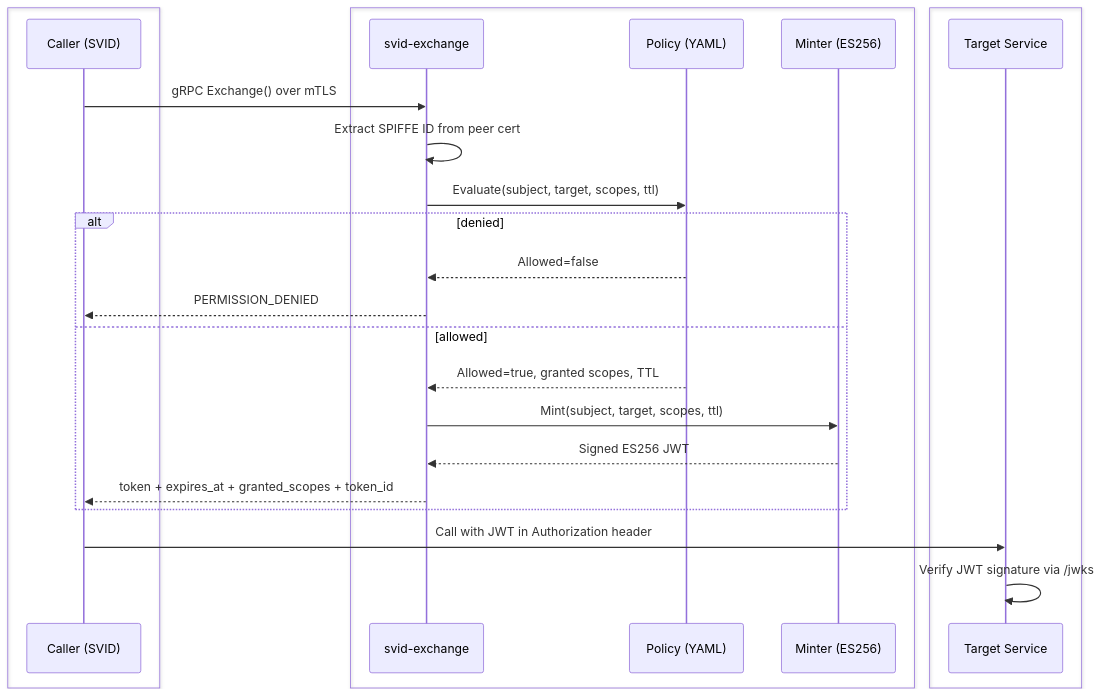
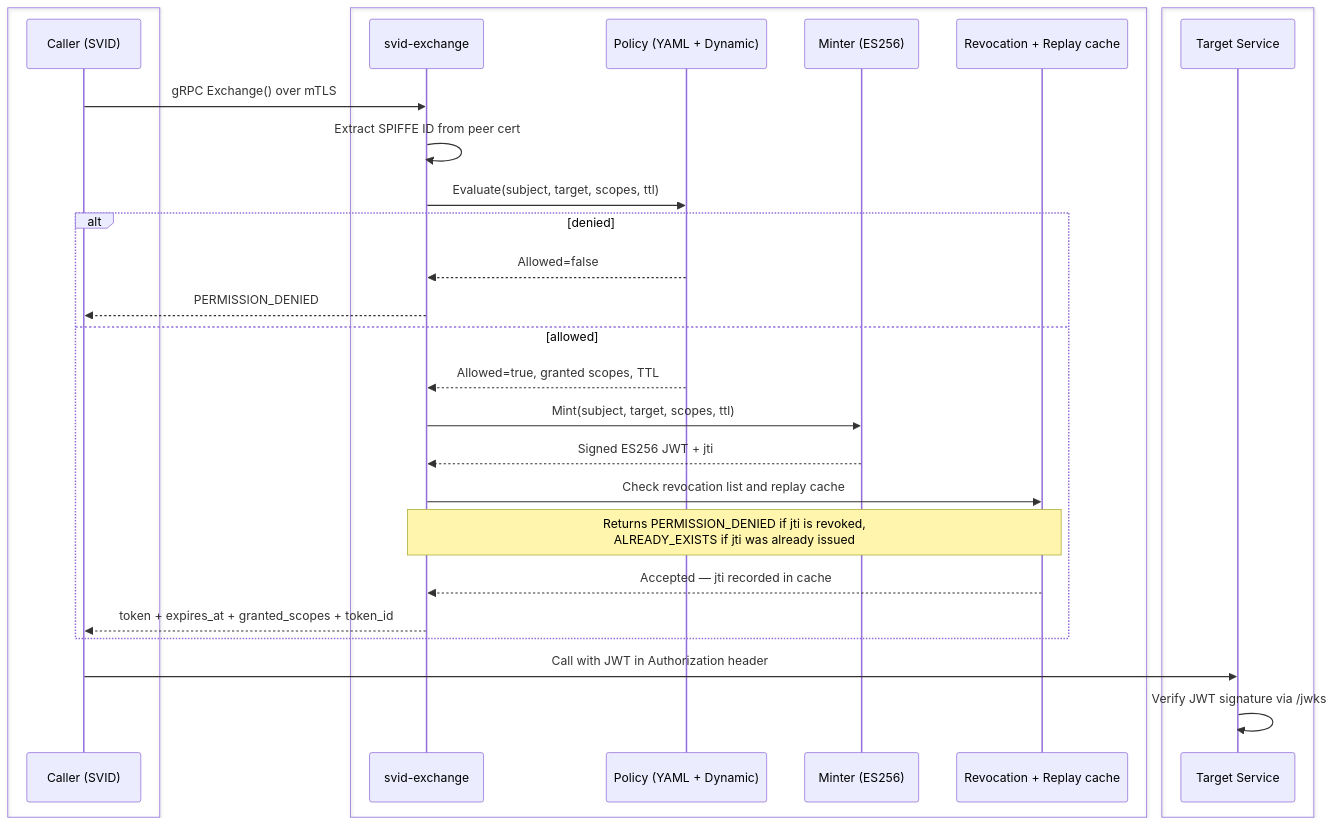
The first of 2 diagrams in docs/src/architecture.md (ngaddam369/svid-exchange), drawn with Mermaid before and after one commit. The commit also changed other lines of this file and 4 other files, not shown here.

````diff
--- a/docs/src/architecture.md
+++ b/docs/src/architecture.md
@@ -16,29 +17,33 @@
 ```mermaid
 sequenceDiagram
     box #FEF3C7 Caller
     participant C as Caller (SVID)
     end
     box #D1FAE5 svid-exchange
     participant S as svid-exchange
-    participant P as Policy (YAML)
+    participant P as Policy (YAML + Dynamic)
     participant M as Minter (ES256)
+    participant R as Revocation + Replay cache
     end
     box #FEF3C7 Target
     participant T as Target Service
     end
 
     C->>S: gRPC Exchange() over mTLS
     S->>S: Extract SPIFFE ID from peer cert
     S->>P: Evaluate(subject, target, scopes, ttl)
     alt denied
         P-->>S: Allowed=false
         S-->>C: PERMISSION_DENIED
     else allowed
         P-->>S: Allowed=true, granted scopes, TTL
         S->>M: Mint(subject, target, scopes, ttl)
-        M-->>S: Signed ES256 JWT
+        M-->>S: Signed ES256 JWT + jti
+        S->>R: Check revocation list and replay cache
+        Note over S,R: Returns PERMISSION_DENIED if jti is revoked,<br/>ALREADY_EXISTS if jti was already issued
+        R-->>S: Accepted — jti recorded in cache
         S-->>C: token + expires_at + granted_scopes + token_id
     end
     C->>T: Call with JWT in Authorization header
     T->>T: Verify JWT signature via /jwks
 ```
````
